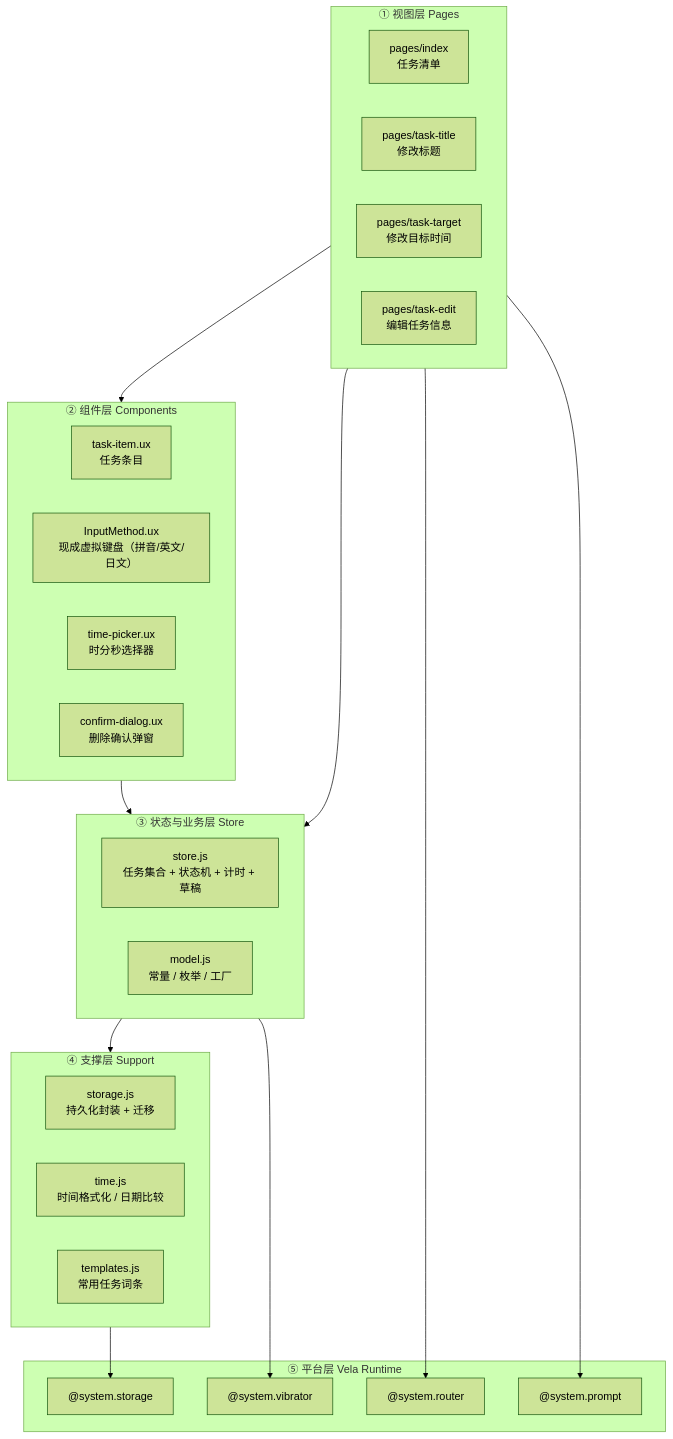
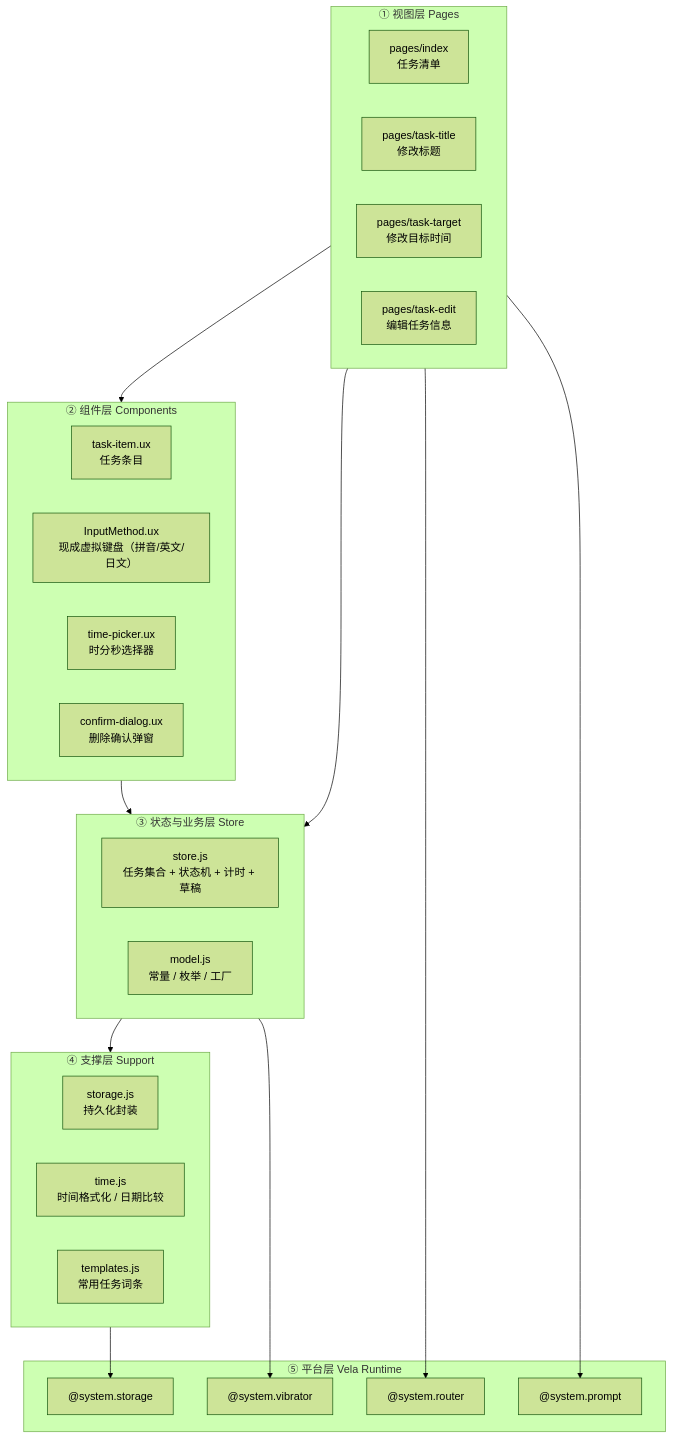
The first of 11 diagrams in architecture.md (Jiatian-Yu/XiaomiBand-TimeManger), drawn with Mermaid (forest theme) before and after one commit. The commit also changed other lines of this file and 14 other files, not shown here.

````diff
--- a/architecture.md
+++ b/architecture.md
@@ -142,43 +140,43 @@
 ```mermaid
 graph TB
     subgraph L1["① 视图层 Pages"]
         P1["pages/index<br/>任务清单"]
         P2["pages/task-title<br/>修改标题"]
         P3["pages/task-target<br/>修改目标时间"]
         P4["pages/task-edit<br/>编辑任务信息"]
     end
 
     subgraph L2["② 组件层 Components"]
         C1["task-item.ux<br/>任务条目"]
         C2["InputMethod.ux<br/>现成虚拟键盘（拼音/英文/日文）"]
         C3["time-picker.ux<br/>时分秒选择器"]
         C4["confirm-dialog.ux<br/>删除确认弹窗"]
     end
 
     subgraph L3["③ 状态与业务层 Store"]
         S1["store.js<br/>任务集合 + 状态机 + 计时 + 草稿"]
         S2["model.js<br/>常量 / 枚举 / 工厂"]
     end
 
     subgraph L4["④ 支撑层 Support"]
-        U1["storage.js<br/>持久化封装 + 迁移"]
+        U1["storage.js<br/>持久化封装"]
         U2["time.js<br/>时间格式化 / 日期比较"]
         U3["templates.js<br/>常用任务词条"]
     end
 
     subgraph L5["⑤ 平台层 Vela Runtime"]
         A1["@system.router"]
         A2["@system.storage"]
         A3["@system.prompt"]
         A4["@system.vibrator"]
     end
 
     L1 --> L2
     L1 --> L3
     L2 --> L3
     L3 --> L4
     L3 --> A4
     L1 --> A1
     L1 --> A3
     L4 --> A2
 ```
````
